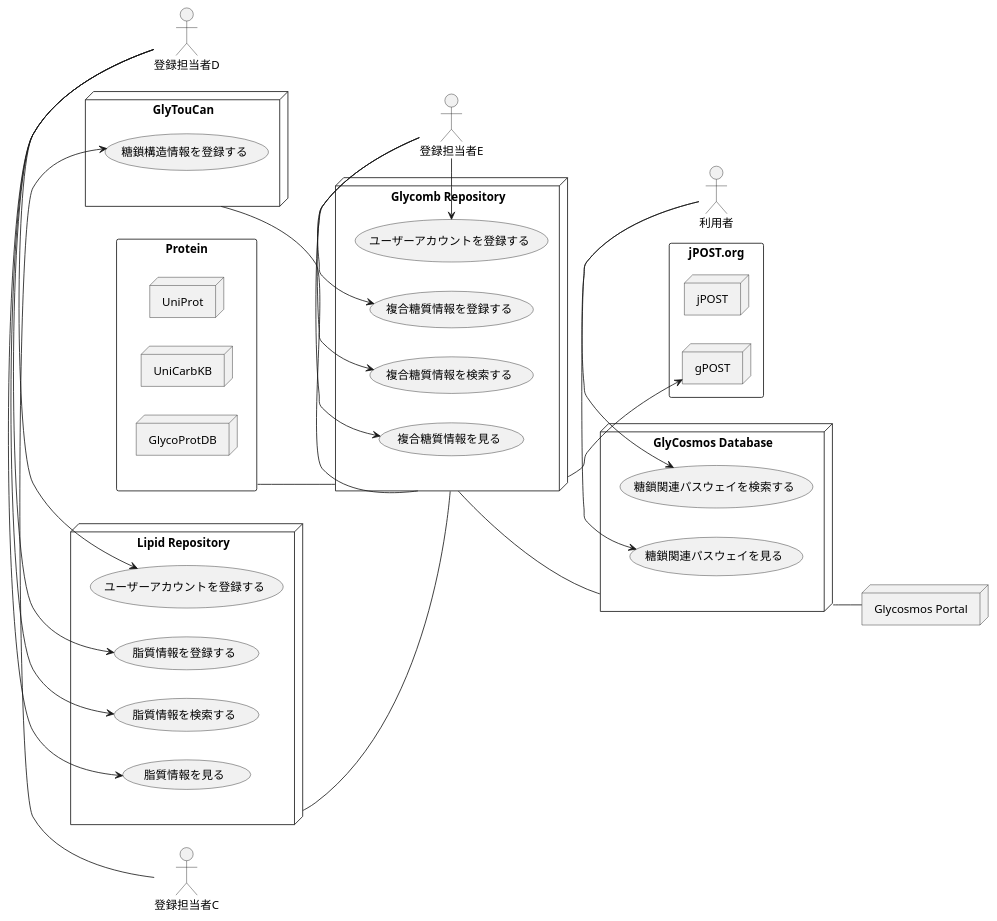
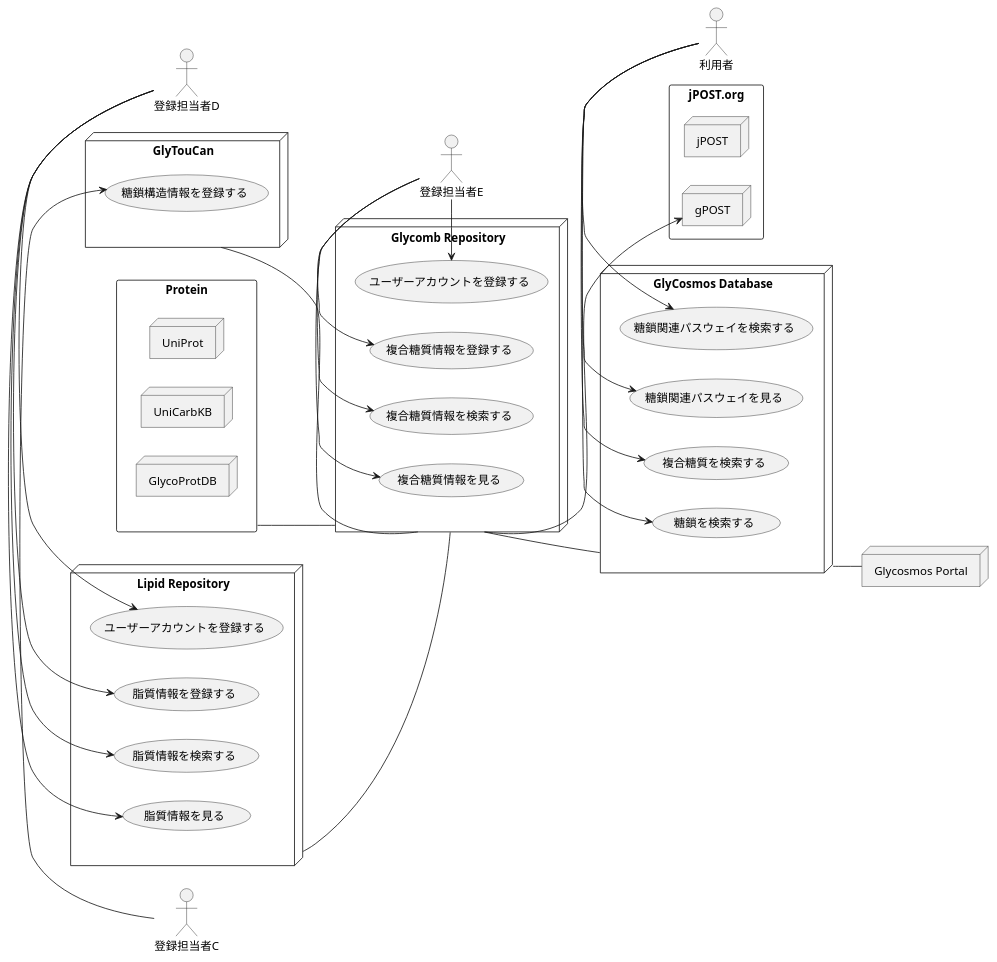
Before and after one commit to shinmachi/Atom-PlantUML: the diagram in overview.v0.2.pu, drawn with PlantUML.

Commit message:
add 2 usecase in glycosmos

```diff
--- a/overview.v0.2.pu
+++ b/overview.v0.2.pu
@@ -1,68 +1,70 @@
 @startuml
 
 'actor'
 actor 登録担当者C
 actor 登録担当者D
 actor 登録担当者E
 actor 利用者
 'actor 管理者
 
 left to right direction
 
 node "GlyTouCan" as glytoucan {
 登録担当者C-right-> (糖鎖構造情報を登録する)
 }
 
 node "Glycomb Repository" as glycomb {
 usecase (ユーザーアカウントを登録する) as userAccount
 登録担当者E -right-> userAccount
 登録担当者E -right-> (複合糖質情報を登録する)
 登録担当者E -right-> (複合糖質情報を検索する)
 登録担当者E -right-> (複合糖質情報を見る)
 }
 
 rectangle "jPOST.org" as jpostorg {
   node "jPOST" as jpost {
   }
   node "gPOST" as gpost {
   }
 }
 
 rectangle "Protein" as protein {
   node "UniProt" as uniprot {
   }
 
   node "UniCarbKB" as unicarbkb {
   }
 
   node "GlycoProtDB" as glycoprotdb {
   }
 }
 
 node "Lipid Repository" as lipidr {
 usecase (ユーザーアカウントを登録する) as userLipidR
 登録担当者D -right-> userLipidR
 登録担当者D -right->  (脂質情報を登録する)
 登録担当者D -right->  (脂質情報を検索する)
 登録担当者D -right->  (脂質情報を見る)
 }
 
 node "GlyCosmos Database" as glycosmosdb {
 利用者 -right-> (糖鎖関連パスウェイを検索する)
 利用者 -right-> (糖鎖関連パスウェイを見る)
+利用者 -right-> (複合糖質を検索する)
+利用者 -right-> (糖鎖を検索する)
 }
 
 node "Glycosmos Portal" as glycosmosp {
 }
 
 'LINKING'
 protein -- glycomb
 'gpost <-- glycomb
 glycomb --> gpost
 glytoucan -- glycomb
 lipidr -- glycomb
 glycomb -- glycosmosdb
 glycosmosdb -- glycosmosp
 
 
 @enduml
```
